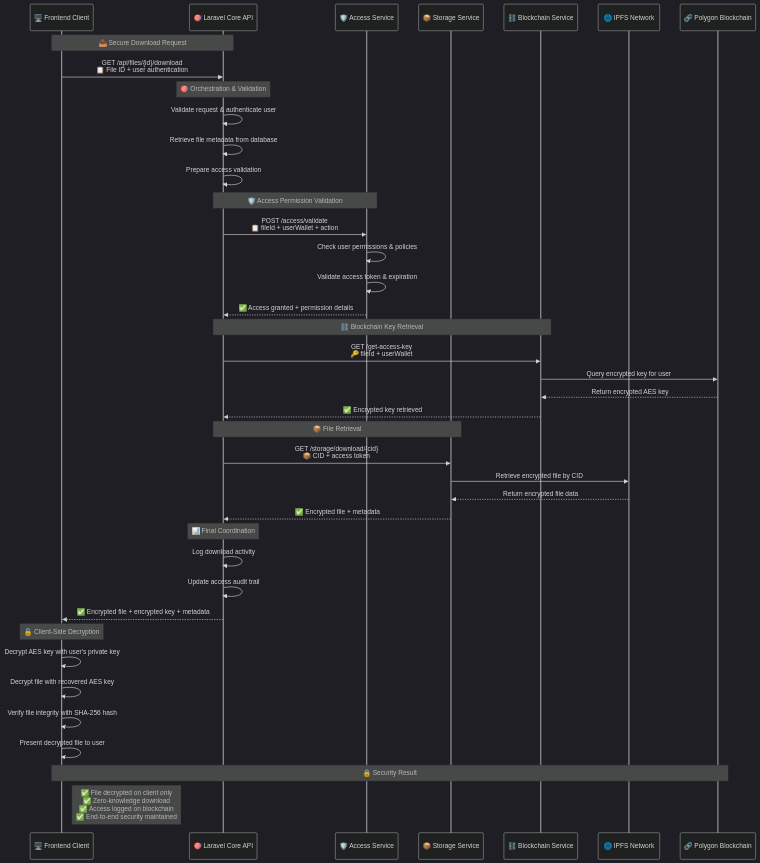
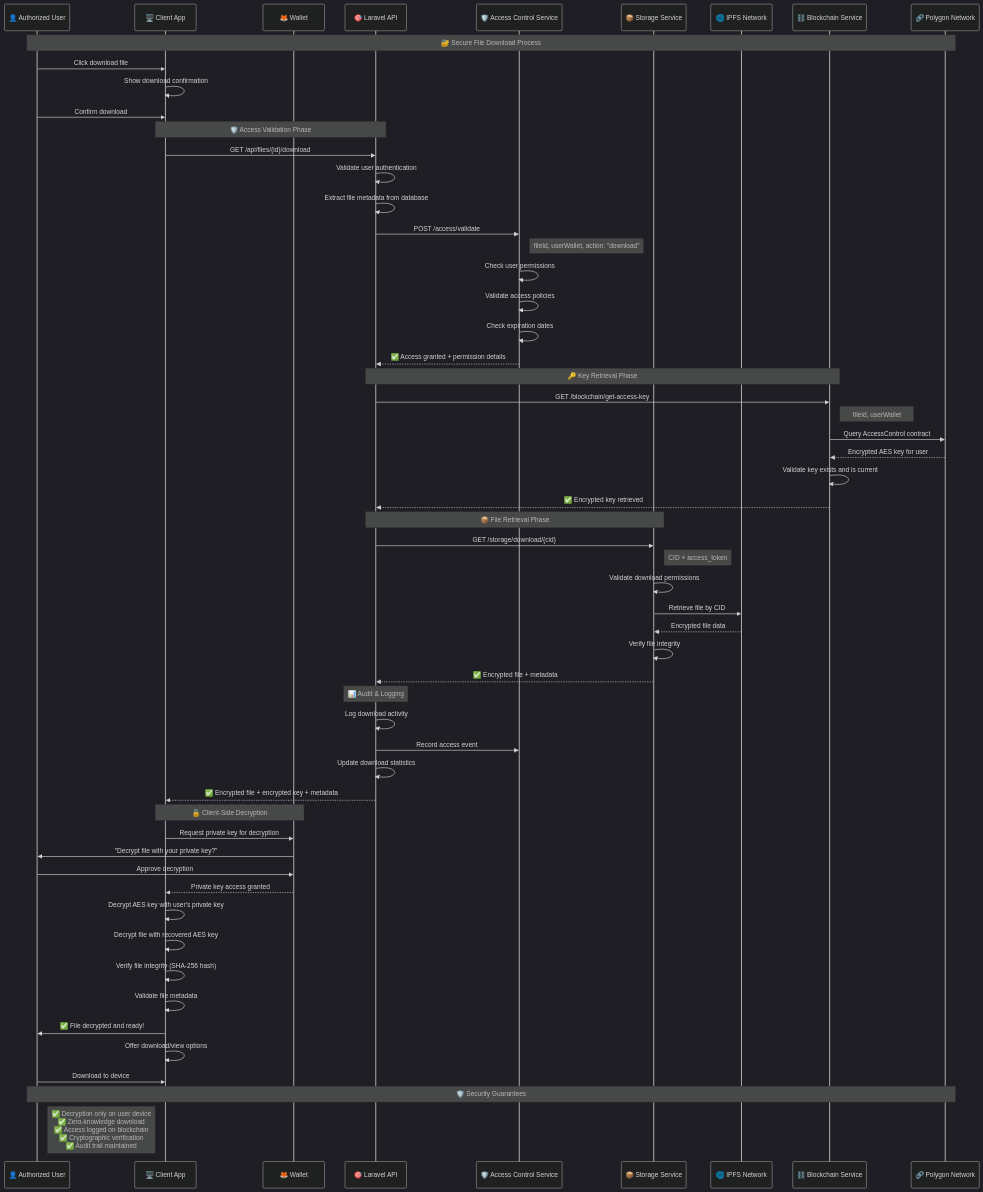
Before and after one commit to MossabMilha/OM-VaultChain: the seventh of 12 diagrams in README.md, drawn with Mermaid (dark theme). The commit also changed other lines of this file, not shown here.

````diff
--- a/README.md
+++ b/README.md
@@ -243,50 +412,72 @@
 ```mermaid
 sequenceDiagram
-    participant Client as 🖥️ Frontend Client
-    participant Laravel as 🎯 Laravel Core API
-    participant Access as 🛡️ Access Service
-    participant Storage as 📦 Storage Service
-    participant Blockchain as ⛓️ Blockchain Service
-    participant IPFS as 🌐 IPFS Network
-    participant Polygon as 🔗 Polygon Blockchain
+    participant U as 👤 Authorized User
+    participant C as 🖥️ Client App
+    participant W as 🦊 Wallet
+    participant A as 🎯 Laravel API
+    participant AC as 🛡️ Access Control Service
+    participant S as 📦 Storage Service
+    participant I as 🌐 IPFS Network
+    participant B as ⛓️ Blockchain Service
+    participant P as 🔗 Polygon Network
 
-    Note over Client,Laravel: 📥 Secure Download Request
-    Client->>Laravel: GET /api/files/{id}/download<br/>📋 File ID + user authentication
+    Note over U,P: 🔐 Secure File Download Process
 
-    Note over Laravel: 🎯 Orchestration & Validation
-    Laravel->>Laravel: Validate request & authenticate user
-    Laravel->>Laravel: Retrieve file metadata from database
-    Laravel->>Laravel: Prepare access validation
+    U->>C: Click download file
+    C->>C: Show download confirmation
+    U->>C: Confirm download
 
-    Note over Laravel,Access: 🛡️ Access Permission Validation
-    Laravel->>Access: POST /access/validate<br/>📋 fileId + userWallet + action
-    Access->>Access: Check user permissions & policies
-    Access->>Access: Validate access token & expiration
-    Access-->>Laravel: ✅ Access granted + permission details
+    Note over C,A: 🛡️ Access Validation Phase
+    C->>A: GET /api/files/{id}/download
+    A->>A: Validate user authentication
+    A->>A: Extract file metadata from database
 
-    Note over Laravel,Blockchain: ⛓️ Blockchain Key Retrieval
-    Laravel->>Blockchain: GET /get-access-key<br/>🔑 fileId + userWallet
-    Blockchain->>Polygon: Query encrypted key for user
-    Polygon-->>Blockchain: Return encrypted AES key
-    Blockchain-->>Laravel: ✅ Encrypted key retrieved
+    A->>AC: POST /access/validate
+    Note right of AC: fileId, userWallet, action: "download"
+    AC->>AC: Check user permissions
+    AC->>AC: Validate access policies
+    AC->>AC: Check expiration dates
+    AC-->>A: ✅ Access granted + permission details
 
-    Note over Laravel,Storage: 📦 File Retrieval
-    Laravel->>Storage: GET /storage/download/{cid}<br/>📦 CID + access token
-    Storage->>IPFS: Retrieve encrypted file by CID
-    IPFS-->>Storage: Return encrypted file data
-    Storage-->>Laravel: ✅ Encrypted file + metadata
+    Note over A,B: 🔑 Key Retrieval Phase
+    A->>B: GET /blockchain/get-access-key
+    Note right of B: fileId, userWallet
+    B->>P: Query AccessControl contract
+    P-->>B: Encrypted AES key for user
+    B->>B: Validate key exists and is current
+    B-->>A: ✅ Encrypted key retrieved
 
-    Note over Laravel: 📊 Final Coordination
-    Laravel->>Laravel: Log download activity
-    Laravel->>Laravel: Update access audit trail
-    Laravel-->>Client: ✅ Encrypted file + encrypted key + metadata
+    Note over A,S: 📦 File Retrieval Phase
+    A->>S: GET /storage/download/{cid}
+    Note right of S: CID + access_token
+    S->>S: Validate download permissions
+    S->>I: Retrieve file by CID
+    I-->>S: Encrypted file data
+    S->>S: Verify file integrity
+    S-->>A: ✅ Encrypted file + metadata
 
-    Note over Client: 🔓 Client-Side Decryption
-    Client->>Client: Decrypt AES key with user's private key
-    Client->>Client: Decrypt file with recovered AES key
-    Client->>Client: Verify file integrity with SHA-256 hash
-    Client->>Client: Present decrypted file to user
+    Note over A: 📊 Audit & Logging
+    A->>A: Log download activity
+    A->>AC: Record access event
+    A->>A: Update download statistics
 
-    Note over Client,Polygon: 🔒 Security Result
-    Note right of Client: ✅ File decrypted on client only<br/>✅ Zero-knowledge download<br/>✅ Access logged on blockchain<br/>✅ End-to-end security maintained
+    A-->>C: ✅ Encrypted file + encrypted key + metadata
+
+    Note over C,W: 🔓 Client-Side Decryption
+    C->>W: Request private key for decryption
+    W->>U: "Decrypt file with your private key?"
+    U->>W: Approve decryption
+    W-->>C: Private key access granted
+
+    C->>C: Decrypt AES key with user's private key
+    C->>C: Decrypt file with recovered AES key
+    C->>C: Verify file integrity (SHA-256 hash)
+    C->>C: Validate file metadata
+
+    C->>U: ✅ File decrypted and ready!
+    C->>C: Offer download/view options
+    U->>C: Download to device
+
+    Note over U,P: 🛡️ Security Guarantees
+    Note right of U: ✅ Decryption only on user device<br/>✅ Zero-knowledge download<br/>✅ Access logged on blockchain<br/>✅ Cryptographic verification<br/>✅ Audit trail maintained
 ```
````
